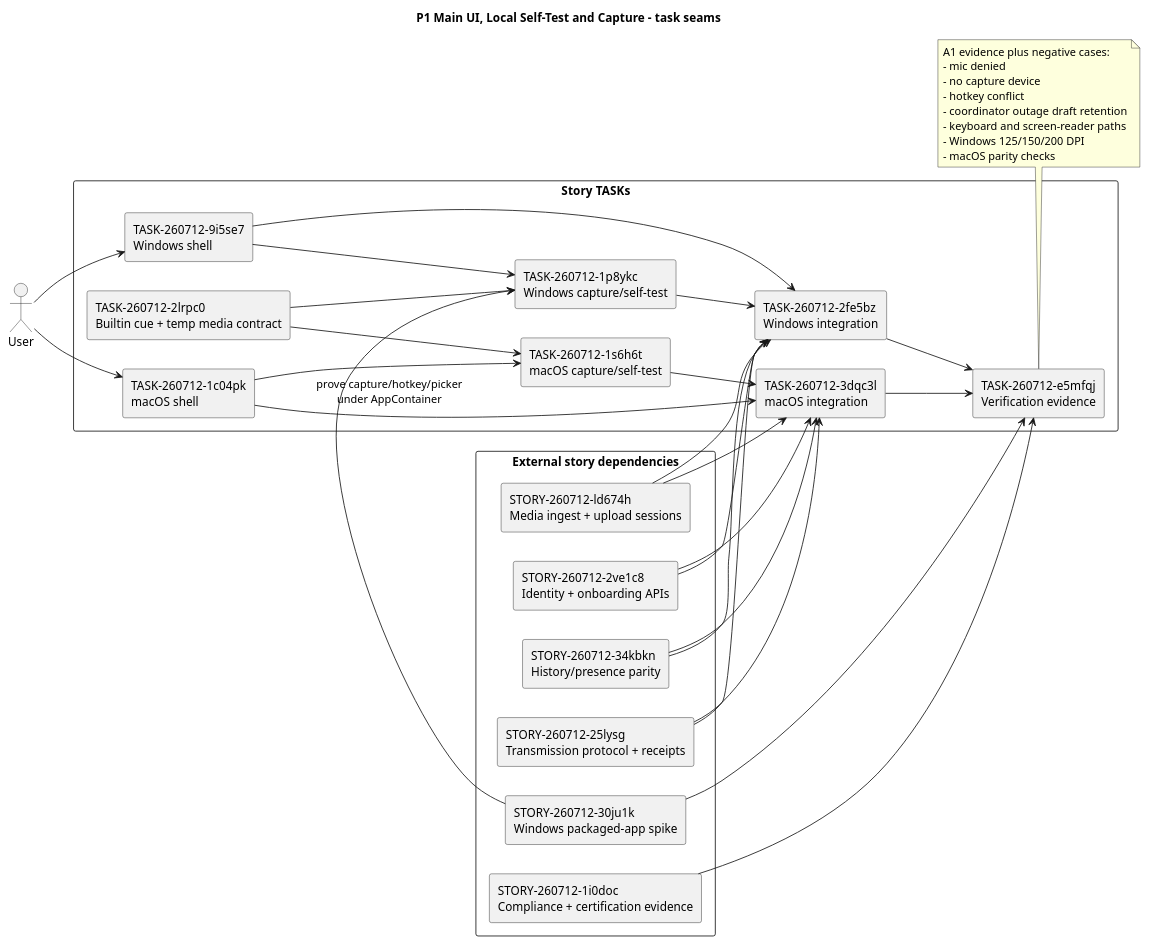
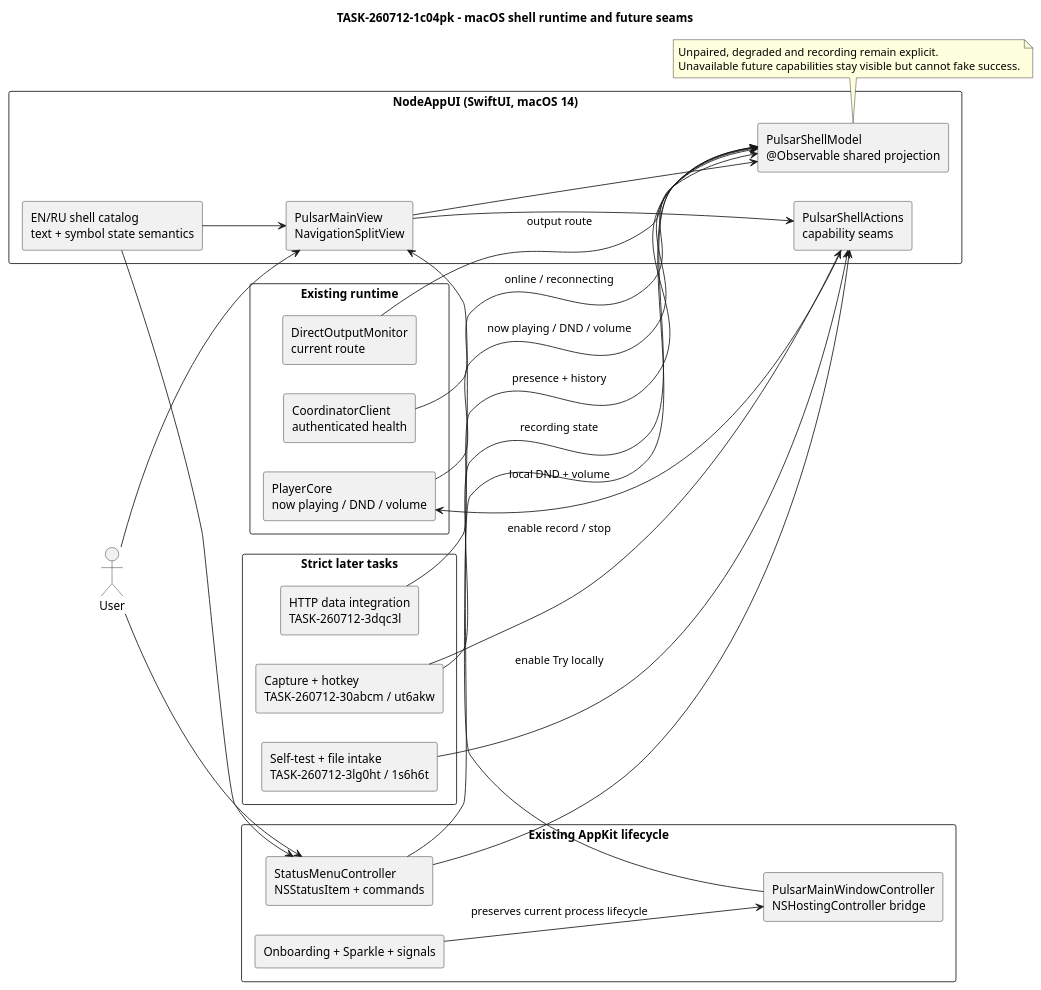
One commit to relux-works/barycenter changed the diagram in .task-board/.resources/TASK-260712-1c04pk/p1-main-ui-capture-components.puml. Above: the diagram before and after it, drawn with PlantUML. The commit also changed 13 other files, not shown here.

Commit message:
feat(macos): add main window and menu bar shell

```diff
--- a/.task-board/.resources/TASK-260712-1c04pk/p1-main-ui-capture-components.puml
+++ b/.task-board/.resources/TASK-260712-1c04pk/p1-main-ui-capture-components.puml
@@ -1,70 +1,59 @@
 @startuml
-title P1 Main UI, Local Self-Test and Capture - task seams
+title TASK-260712-1c04pk - macOS shell runtime and future seams
 
 left to right direction
 skinparam packageStyle rectangle
 skinparam shadowing false
 
 actor User
 
-package "Story TASKs" {
-  rectangle "TASK-260712-2lrpc0\nBuiltin cue + temp media contract" as Cue
-  rectangle "TASK-260712-9i5se7\nWindows shell" as WinShell
-  rectangle "TASK-260712-1p8ykc\nWindows capture/self-test" as WinCap
-  rectangle "TASK-260712-2fe5bz\nWindows integration" as WinData
-  rectangle "TASK-260712-1c04pk\nmacOS shell" as MacShell
-  rectangle "TASK-260712-1s6h6t\nmacOS capture/self-test" as MacCap
-  rectangle "TASK-260712-3dqc3l\nmacOS integration" as MacData
-  rectangle "TASK-260712-e5mfqj\nVerification evidence" as Verify
+package "NodeAppUI (SwiftUI, macOS 14)" {
+  rectangle "PulsarShellModel\n@Observable shared projection" as Model
+  rectangle "PulsarMainView\nNavigationSplitView" as Main
+  rectangle "EN/RU shell catalog\ntext + symbol state semantics" as Copy
+  rectangle "PulsarShellActions\ncapability seams" as Actions
 }
 
-package "External story dependencies" {
-  rectangle "STORY-260712-30ju1k\nWindows packaged-app spike" as WinSpike
-  rectangle "STORY-260712-2ve1c8\nIdentity + onboarding APIs" as Identity
-  rectangle "STORY-260712-ld674h\nMedia ingest + upload sessions" as Ingest
-  rectangle "STORY-260712-25lysg\nTransmission protocol + receipts" as Tx
-  rectangle "STORY-260712-34kbkn\nHistory/presence parity" as Presence
-  rectangle "STORY-260712-1i0doc\nCompliance + certification evidence" as Compliance
+package "Existing AppKit lifecycle" {
+  rectangle "PulsarMainWindowController\nNSHostingController bridge" as Window
+  rectangle "StatusMenuController\nNSStatusItem + commands" as Menu
+  rectangle "Onboarding + Sparkle + signals" as Lifecycle
 }
 
-User --> WinShell
-User --> MacShell
+package "Existing runtime" {
+  rectangle "CoordinatorClient\nauthenticated health" as Coordinator
+  rectangle "PlayerCore\nnow playing / DND / volume" as Player
+  rectangle "DirectOutputMonitor\ncurrent route" as Route
+}
 
-Cue --> WinCap
-Cue --> MacCap
+package "Strict later tasks" {
+  rectangle "Capture + hotkey\nTASK-260712-30abcm / ut6akw" as Capture
+  rectangle "Self-test + file intake\nTASK-260712-3lg0ht / 1s6h6t" as SelfTest
+  rectangle "HTTP data integration\nTASK-260712-3dqc3l" as Data
+}
 
-WinShell --> WinCap
-MacShell --> MacCap
+User --> Main
+User --> Menu
+Window --> Main
+Main --> Model
+Menu --> Model
+Copy --> Main
+Copy --> Menu
+Main --> Actions
+Menu --> Actions
+Lifecycle --> Window : preserves current process lifecycle
+Coordinator --> Model : online / reconnecting
+Player --> Model : now playing / DND / volume
+Route --> Model : output route
+Actions --> Player : local DND + volume
+Capture --> Actions : enable record / stop
+Capture --> Model : recording state
+SelfTest --> Actions : enable Try locally
+Data --> Model : presence + history
 
-WinShell --> WinData
-WinCap --> WinData
-MacShell --> MacData
-MacCap --> MacData
-
-WinSpike --> WinCap : prove capture/hotkey/picker\nunder AppContainer
-Identity --> WinData
-Identity --> MacData
-Ingest --> WinData
-Ingest --> MacData
-Tx --> WinData
-Tx --> MacData
-Presence --> WinData
-Presence --> MacData
-
-WinData --> Verify
-MacData --> Verify
-WinSpike --> Verify
-Compliance --> Verify
-
-note bottom of Verify
-A1 evidence plus negative cases:
-- mic denied
-- no capture device
-- hotkey conflict
-- coordinator outage draft retention
-- keyboard and screen-reader paths
-- Windows 125/150/200 DPI
-- macOS parity checks
+note bottom of Model
+Unpaired, degraded and recording remain explicit.
+Unavailable future capabilities stay visible but cannot fake success.
 end note
 
 @enduml
```
